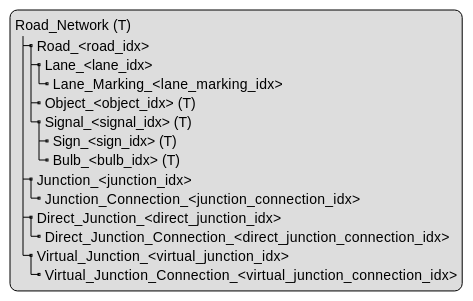
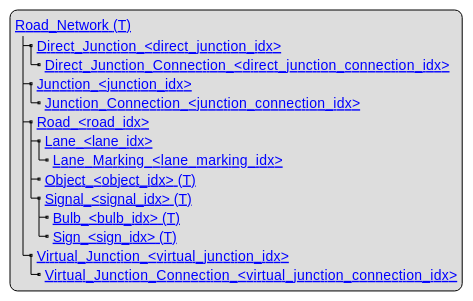
One commit to asam-ev/OpenMATERIAL changed the diagram in content/geometry/object-road-network/road-model-structure.adoc. Above: the diagram before and after it, drawn with PlantUML. The commit also changed other lines of this file and 2 other files, not shown here.

Commit message:
Update structure overiew topics (for internal review) according to issue 147

```diff
--- a/content/geometry/object-road-network/road-model-structure.adoc
+++ b/content/geometry/object-road-network/road-model-structure.adoc
@@ -5,19 +5,19 @@
 [plantuml]
 ----
 legend
-Road_Network (T)
-|_ Road_<road_idx>
-  |_ Lane_<lane_idx>
-    |_ Lane_Marking_<lane_marking_idx>
-  |_ Object_<object_idx> (T)
-  |_ Signal_<signal_idx> (T) 
-    |_ Sign_<sign_idx> (T)
-    |_ Bulb_<bulb_idx> (T)
-|_ Junction_<junction_idx>
-  |_ Junction_Connection_<junction_connection_idx>
-|_ Direct_Junction_<direct_junction_idx>
-  |_ Direct_Junction_Connection_<direct_junction_connection_idx>
-|_ Virtual_Junction_<virtual_junction_idx>
-  |_ Virtual_Junction_Connection_<virtual_junction_connection_idx>
+[[../geometry/object-classes.html#_road_network_t Road_Network (T)]]
+|_ [[../geometry/object-classes.html#_direct_junction_direct_junction_idx Direct_Junction_<direct_junction_idx>]]
+  |_ [[../geometry/object-classes.html#_direct_junction_connection_direct_junction_connection_idx Direct_Junction_Connection_<direct_junction_connection_idx>]]
+|_ [[../geometry/object-classes.html#_junction_junction_idx Junction_<junction_idx>]]
+  |_ [[../geometry/object-classes.html#_junction_connection_junction_connection_idx Junction_Connection_<junction_connection_idx>]]
+|_ [[../geometry/object-classes.html#_road_road_idx Road_<road_idx>]]
+  |_ [[../geometry/object-classes.html#_lane_lane_idx Lane_<lane_idx>]]
+    |_ [[../geometry/object-classes.html#_lane_marking_lane_marking_idx Lane_Marking_<lane_marking_idx>]]
+  |_ [[../geometry/object-classes.html#_object_object_idx_t Object_<object_idx> (T)]]
+  |_ [[../geometry/object-classes.html#_signal_signal_idx_t Signal_<signal_idx> (T)]]
+    |_ [[../geometry/object-classes.html#_bulb_bulb_idx_t Bulb_<bulb_idx> (T)]]
+    |_ [[../geometry/object-classes.html#_sign_t Sign_<sign_idx> (T)]]
+|_ [[../geometry/object-classes.html#_virtual_junction_virtual_junction_idx Virtual_Junction_<virtual_junction_idx>]]
+  |_ [[../geometry/object-classes.html#_virtual_junction_connection_virtual_juncion_connection_idx Virtual_Junction_Connection_<virtual_junction_connection_idx>]]
 end legend
 ----
```
